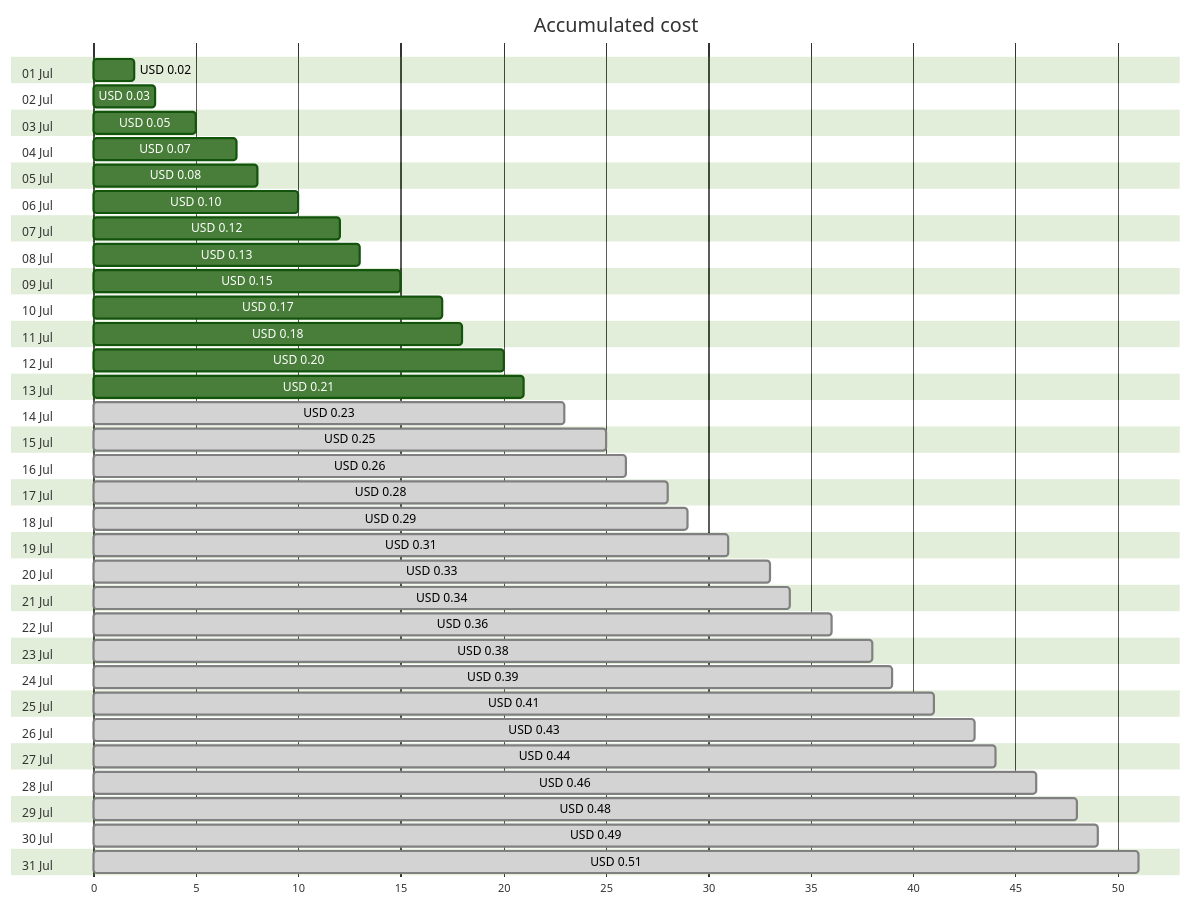
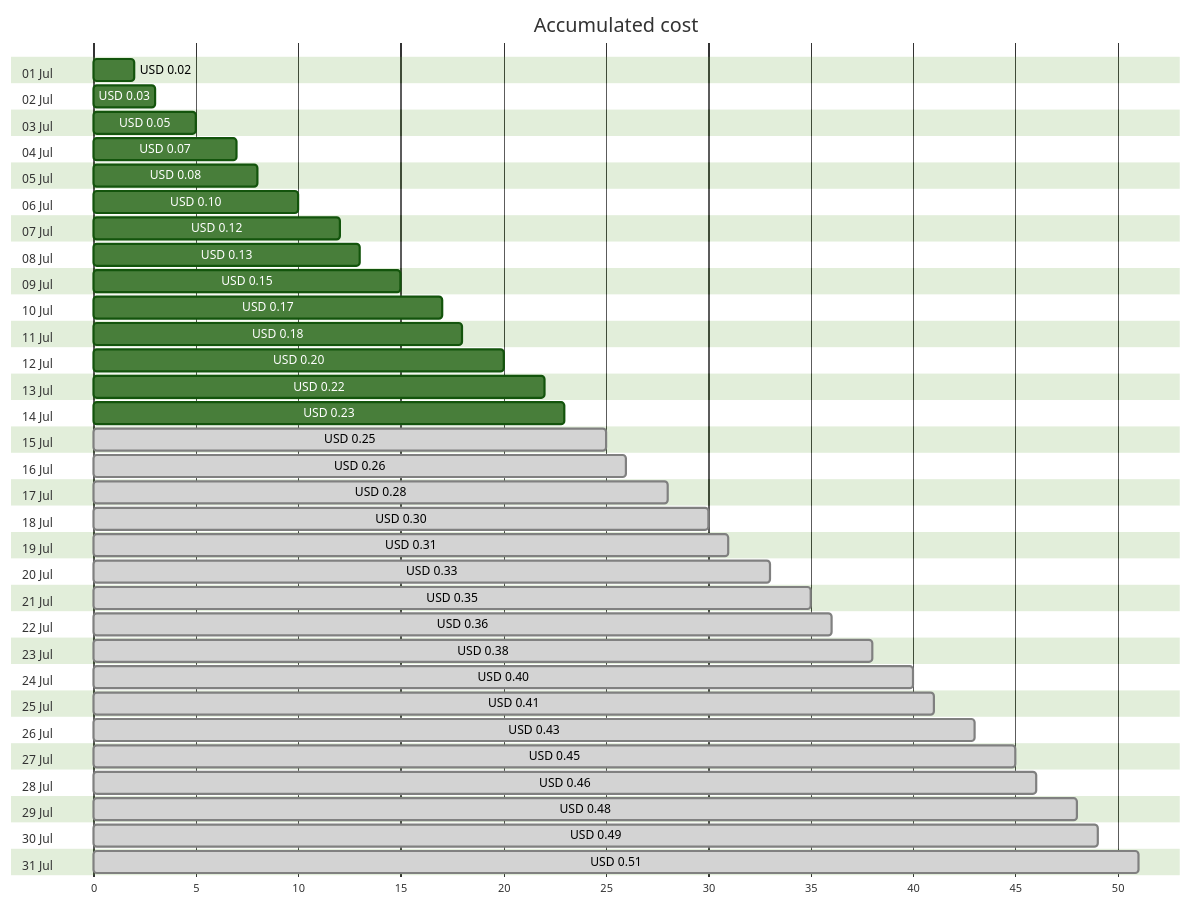
The first of 4 diagrams in cost-reports/personal-dns/jpatrickfulton.dev.md (jpfulton/azure-personal-reports), drawn with Mermaid (forest theme) before and after one commit. The commit also changed other lines of this file and 2 other files, not shown here.

````diff
--- a/cost-reports/personal-dns/jpatrickfulton.dev.md
+++ b/cost-reports/personal-dns/jpatrickfulton.dev.md
@@ -20,68 +20,68 @@
 ```mermaid
 gantt
    title Accumulated cost
    dateFormat  X
    axisFormat %s
    section 01 Jul
    USD 0.02 :0, 2
    section 02 Jul
    USD 0.03 :0, 3
    section 03 Jul
    USD 0.05 :0, 5
    section 04 Jul
    USD 0.07 :0, 7
    section 05 Jul
    USD 0.08 :0, 8
    section 06 Jul
    USD 0.10 :0, 10
    section 07 Jul
    USD 0.12 :0, 12
    section 08 Jul
    USD 0.13 :0, 13
    section 09 Jul
    USD 0.15 :0, 15
    section 10 Jul
    USD 0.17 :0, 17
    section 11 Jul
    USD 0.18 :0, 18
    section 12 Jul
    USD 0.20 :0, 20
    section 13 Jul
-   USD 0.21 :0, 21
+   USD 0.22 :0, 22
    section 14 Jul
-   USD 0.23 : done, 0, 23
+   USD 0.23 :0, 23
    section 15 Jul
    USD 0.25 : done, 0, 25
    section 16 Jul
    USD 0.26 : done, 0, 26
    section 17 Jul
    USD 0.28 : done, 0, 28
    section 18 Jul
-   USD 0.29 : done, 0, 29
+   USD 0.30 : done, 0, 30
    section 19 Jul
    USD 0.31 : done, 0, 31
    section 20 Jul
    USD 0.33 : done, 0, 33
    section 21 Jul
-   USD 0.34 : done, 0, 34
+   USD 0.35 : done, 0, 35
    section 22 Jul
    USD 0.36 : done, 0, 36
    section 23 Jul
    USD 0.38 : done, 0, 38
    section 24 Jul
-   USD 0.39 : done, 0, 39
+   USD 0.40 : done, 0, 40
    section 25 Jul
    USD 0.41 : done, 0, 41
    section 26 Jul
    USD 0.43 : done, 0, 43
    section 27 Jul
-   USD 0.44 : done, 0, 44
+   USD 0.45 : done, 0, 45
    section 28 Jul
    USD 0.46 : done, 0, 46
    section 29 Jul
    USD 0.48 : done, 0, 48
    section 30 Jul
    USD 0.49 : done, 0, 49
    section 31 Jul
    USD 0.51 : done, 0, 51
 ```
````
